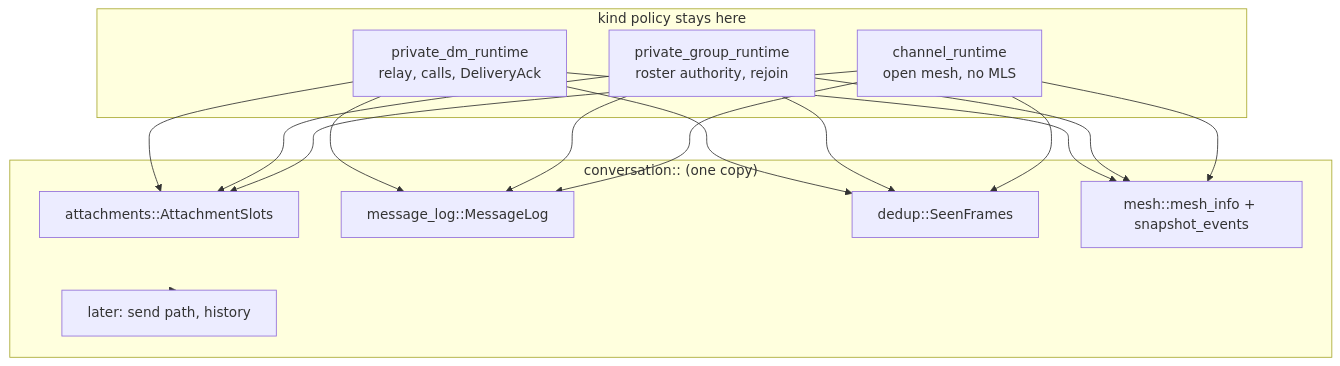
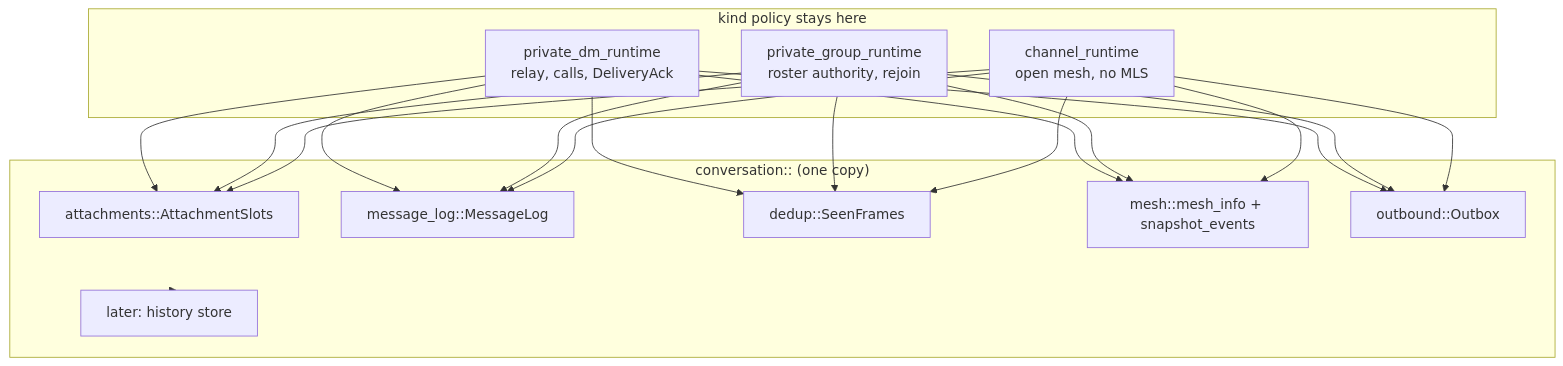
The first of 2 diagrams in docs/ADR/0019-shared-conversation-strata-in-the-core.md (redstone-md/mosh-flutter), drawn with Mermaid before and after one commit. The commit also changed other lines of this file and 10 other files, not shown here.

First line of the commit message:
refactor(core): one outbound send path for all three conversations

````diff
--- a/docs/ADR/0019-shared-conversation-strata-in-the-core.md
+++ b/docs/ADR/0019-shared-conversation-strata-in-the-core.md
@@ -38,29 +38,33 @@
 ```mermaid
 flowchart TD
     subgraph kinds["kind policy stays here"]
         Dm["private_dm_runtime<br/>relay, calls, DeliveryAck"]
         Gr["private_group_runtime<br/>roster authority, rejoin"]
         Ch["channel_runtime<br/>open mesh, no MLS"]
     end
     subgraph shared["conversation:: (one copy)"]
         Slots["attachments::AttachmentSlots"]
         Log["message_log::MessageLog"]
         Seen["dedup::SeenFrames"]
         Mesh["mesh::mesh_info + snapshot_events"]
-        Later["later: send path, history"]
+        Out["outbound::Outbox"]
+        Later["later: history store"]
     end
 
     Dm --> Slots
     Dm --> Log
     Dm --> Seen
     Dm --> Mesh
+    Dm --> Out
     Gr --> Slots
     Gr --> Log
     Gr --> Seen
     Gr --> Mesh
+    Gr --> Out
     Ch --> Slots
     Ch --> Log
     Ch --> Seen
     Ch --> Mesh
+    Ch --> Out
     shared -.-> Later
 ```
````
